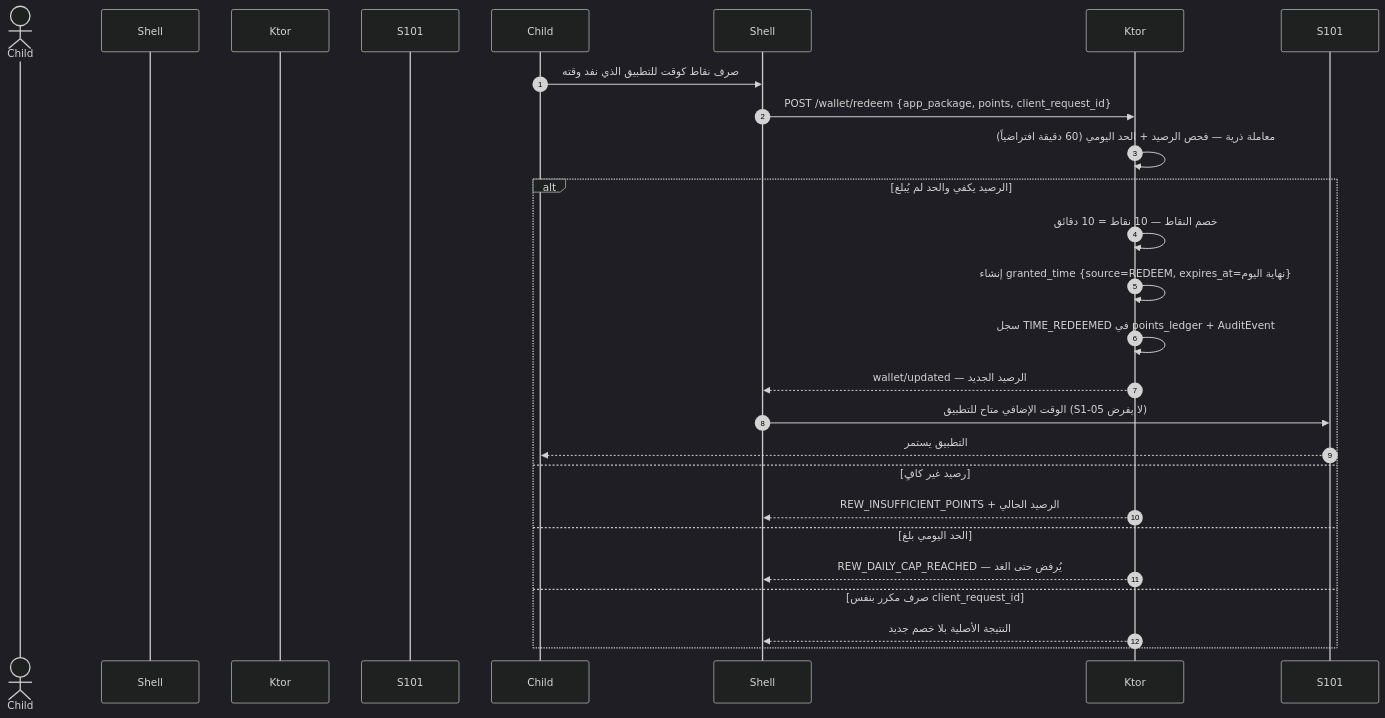
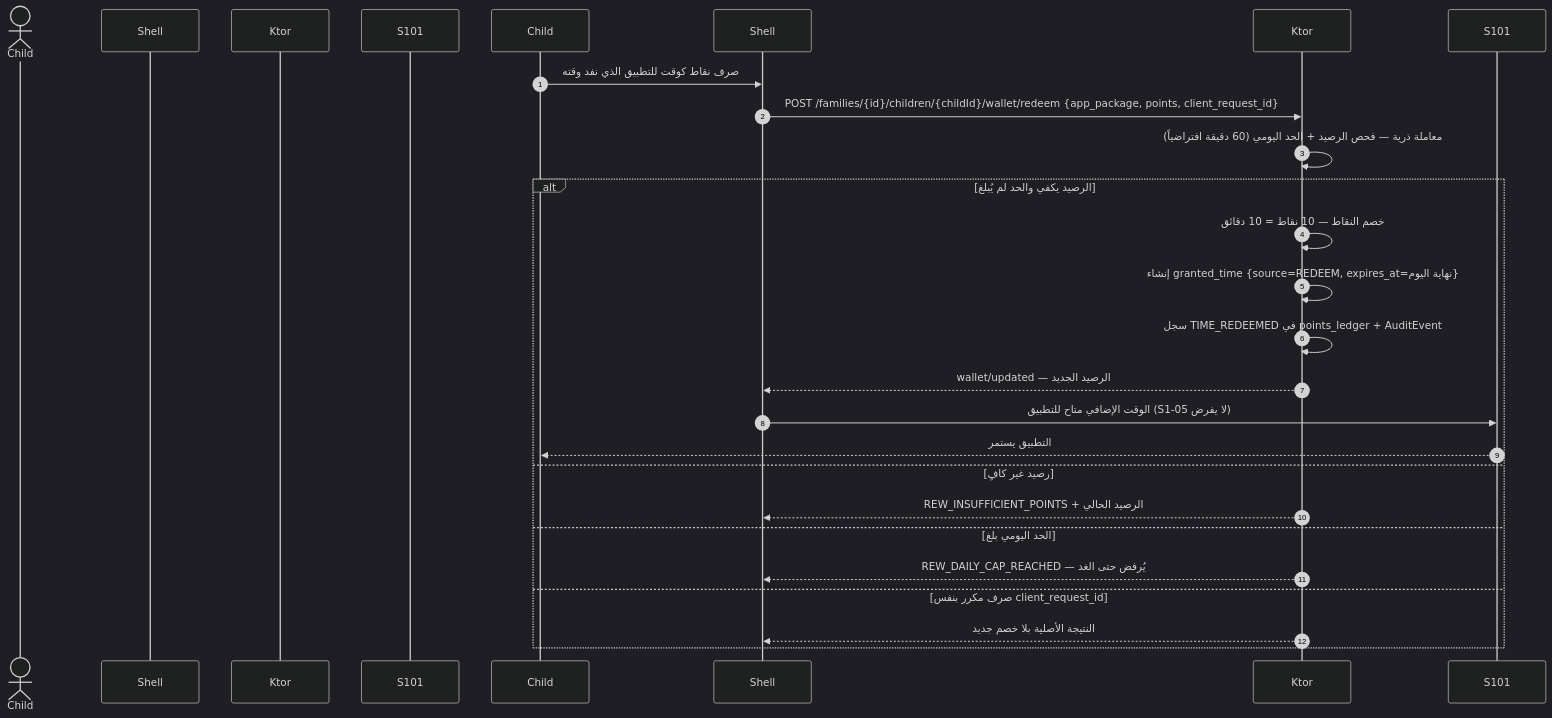
The fourth of 11 diagrams in docs/family-os/governance/phases/phase-1/S1-05-rewards-children/DIAGRAMS.md (Bassam-mohammed-alqaeadi/family-os-v2), drawn with Mermaid (dark theme) before and after one commit. The commit also changed other lines of this file and 34 other files, not shown here.

````diff
--- a/docs/family-os/governance/phases/phase-1/S1-05-rewards-children/DIAGRAMS.md
+++ b/docs/family-os/governance/phases/phase-1/S1-05-rewards-children/DIAGRAMS.md
@@ -194,25 +196,25 @@
 ```mermaid
 sequenceDiagram
     autonumber
     actor الطفل as Child
     participant الغلاف as Shell
     participant الخادم as Ktor
     participant الفرض as S101
     Child->>Shell: صرف نقاط كوقت للتطبيق الذي نفد وقته
-    Shell->>Ktor: POST /wallet/redeem {app_package, points, client_request_id}
+    Shell->>Ktor: POST /families/{id}/children/{childId}/wallet/redeem {app_package, points, client_request_id}
     Ktor->>Ktor: معاملة ذرية — فحص الرصيد + الحد اليومي (60 دقيقة افتراضياً)
     alt الرصيد يكفي والحد لم يُبلغ
         Ktor->>Ktor: خصم النقاط — 10 نقاط = 10 دقائق
         Ktor->>Ktor: إنشاء granted_time {source=REDEEM, expires_at=نهاية اليوم}
         Ktor->>Ktor: سجل TIME_REDEEMED في points_ledger + AuditEvent
         Ktor-->>Shell: wallet/updated — الرصيد الجديد
         Shell->>S101: الوقت الإضافي متاح للتطبيق (S1-05 لا يفرض)
         S101-->>Child: التطبيق يستمر
     else رصيد غير كافٍ
         Ktor-->>Shell: REW_INSUFFICIENT_POINTS + الرصيد الحالي
     else الحد اليومي بلغ
         Ktor-->>Shell: REW_DAILY_CAP_REACHED — يُرفض حتى الغد
     else صرف مكرر بنفس client_request_id
         Ktor-->>Shell: النتيجة الأصلية بلا خصم جديد
     end
 ```
````
